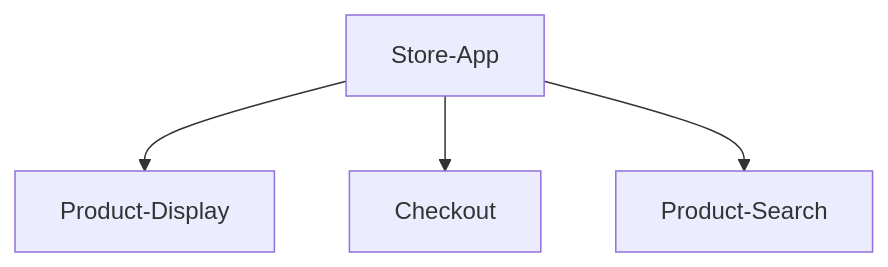
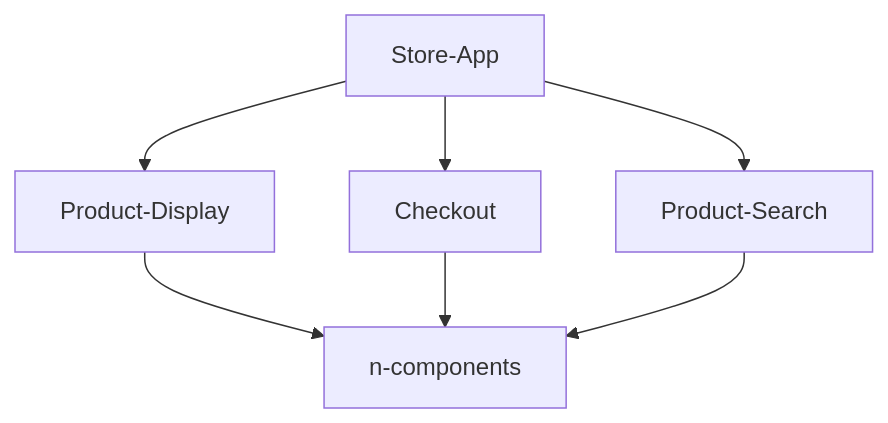
One commit to jakehova/knowledgedump changed the second of 2 diagrams in tech/architecture/micro-front-end/micro-front-end.md. Above: the diagram before and after it, drawn with Mermaid. The commit also changed other lines of this file, not shown here.

````diff
--- a/tech/architecture/micro-front-end/micro-front-end.md
+++ b/tech/architecture/micro-front-end/micro-front-end.md
@@ -12,6 +12,9 @@
 ```mermaid
     graph TD;
         Store-App-->Product-Display;
+        Product-Display-->n-components;
         Store-App-->Checkout;
+        Checkout-->n-components;
         Store-App-->Product-Search;
+        Product-Search-->n-components;
 ```
````
